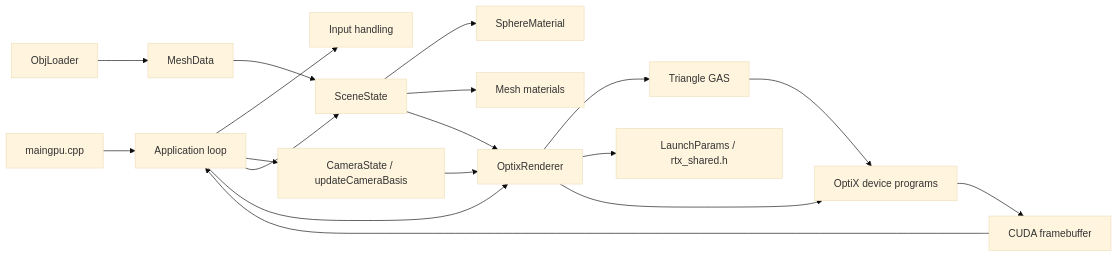
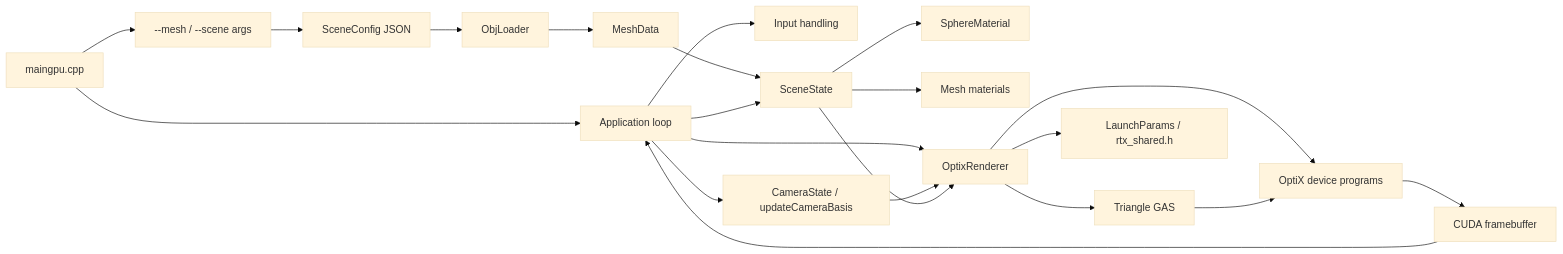
One commit to Tundraws/RayTracer changed the first of 4 diagrams in RayTracerRTX/docs/architecture.md. Above: the diagram before and after it, drawn with Mermaid (base theme). The commit also changed other lines of this file and 18 other files, not shown here.

Commit message:
feat: load scene config inputs

````diff
--- a/RayTracerRTX/docs/architecture.md
+++ b/RayTracerRTX/docs/architecture.md
@@ -9,20 +9,23 @@
 ```mermaid
 flowchart LR
     Main["maingpu.cpp"] --> App["Application loop"]
+    Main --> Args["--mesh / --scene args"]
+    Args --> SceneConfig["SceneConfig JSON"]
     App --> Input["Input handling"]
     App --> Camera["CameraState / updateCameraBasis"]
+    SceneConfig --> ObjLoader
     ObjLoader["ObjLoader"] --> MeshData["MeshData"]
     MeshData --> Scene
     App --> Scene["SceneState"]
     Scene --> Materials["SphereMaterial"]
     Scene --> MeshMaterials["Mesh materials"]
     App --> Renderer["OptixRenderer"]
     Camera --> Renderer
     Scene --> Renderer
     Renderer --> TriangleGAS["Triangle GAS"]
     Renderer --> Shared["LaunchParams / rtx_shared.h"]
     Renderer --> Device["OptiX device programs"]
     TriangleGAS --> Device
     Device --> Framebuffer["CUDA framebuffer"]
     Framebuffer --> App
 ```
````
